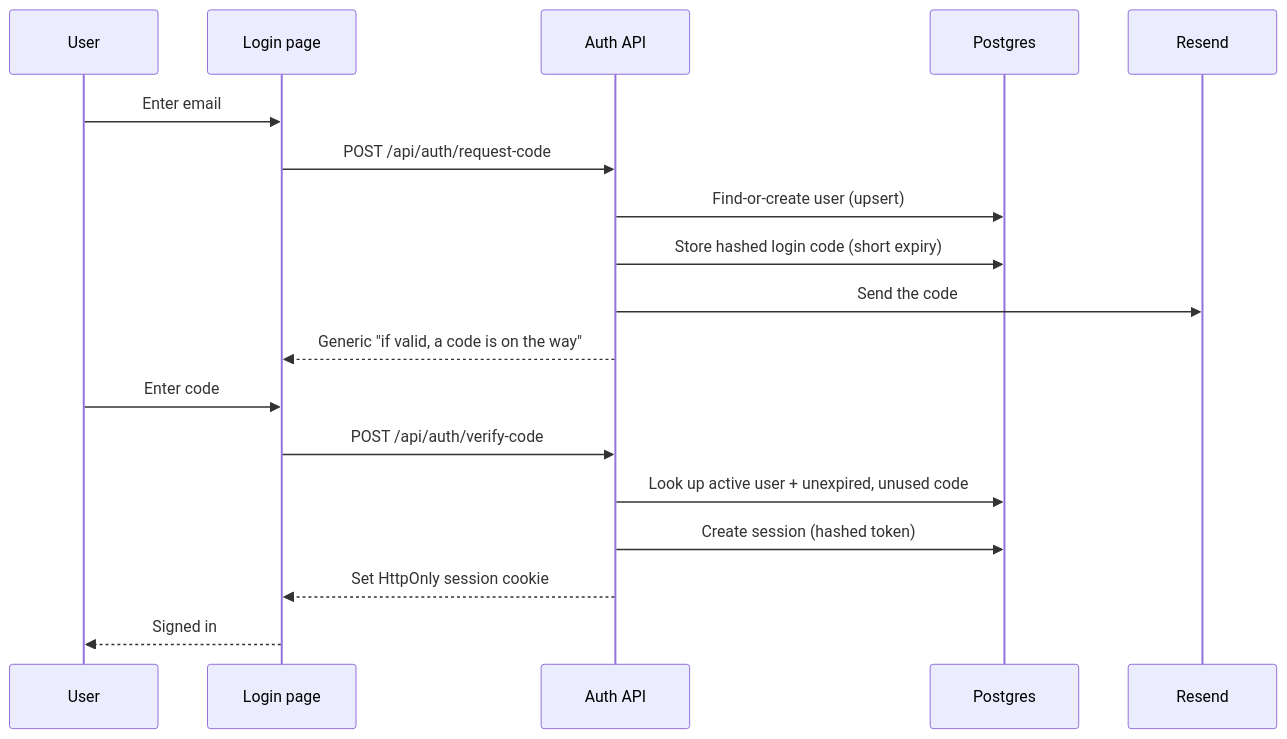
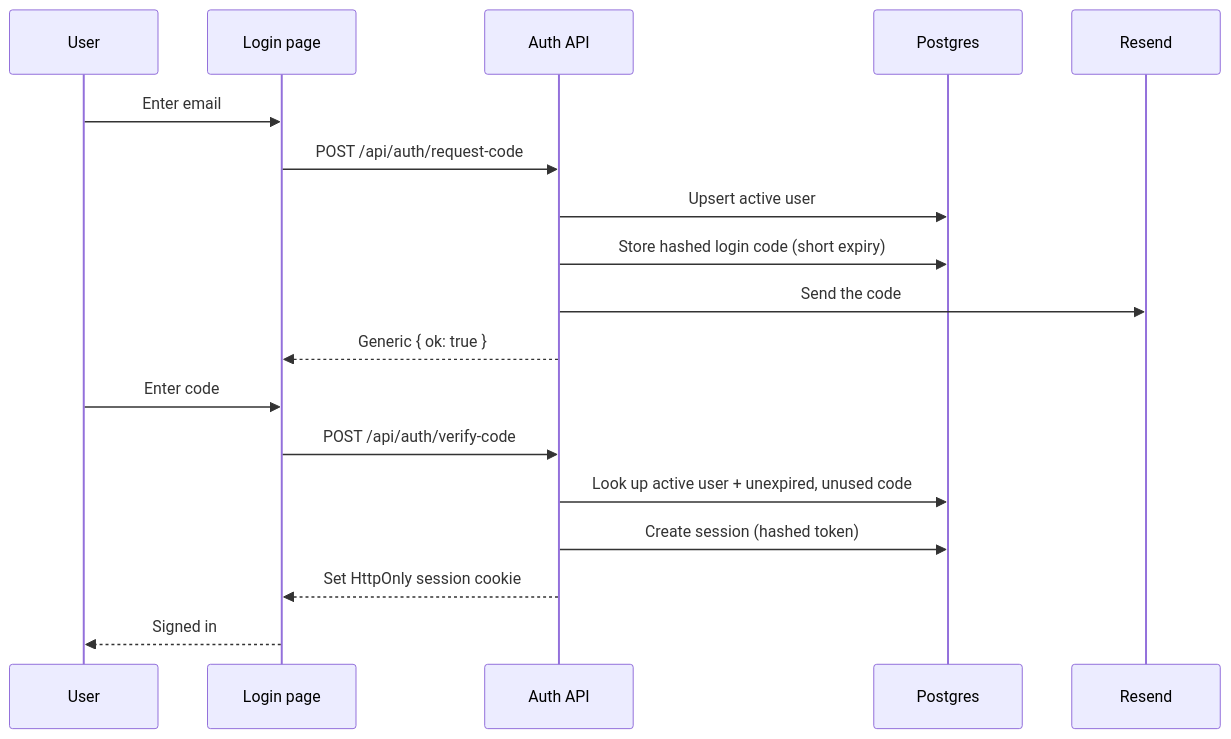
One commit to philay3/Legal-prospect changed the diagram in docs/planning/architecture.md. Above: the diagram before and after it, drawn with Mermaid. The commit also changed other lines of this file and 6 other files, not shown here.

````diff
--- a/docs/planning/architecture.md
+++ b/docs/planning/architecture.md
@@ -35,21 +35,21 @@
 ```mermaid
 sequenceDiagram
     participant U as User
     participant App as Login page
     participant API as Auth API
     participant DB as Postgres
     participant Mail as Resend
 
     U->>App: Enter email
     App->>API: POST /api/auth/request-code
-    API->>DB: Find-or-create user (upsert)
+    API->>DB: Upsert active user
     API->>DB: Store hashed login code (short expiry)
     API->>Mail: Send the code
-    API-->>App: Generic "if valid, a code is on the way"
+    API-->>App: Generic { ok: true }
     U->>App: Enter code
     App->>API: POST /api/auth/verify-code
     API->>DB: Look up active user + unexpired, unused code
     API->>DB: Create session (hashed token)
     API-->>App: Set HttpOnly session cookie
     App-->>U: Signed in
 ```
````
